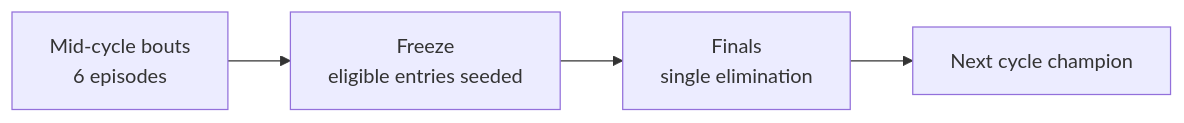
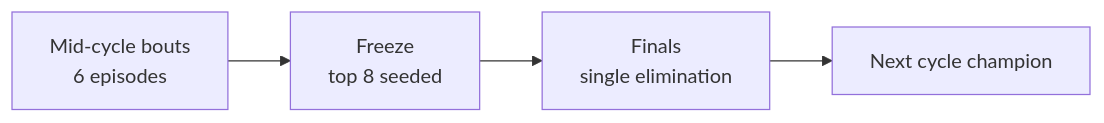
Before and after one commit to MyoHub/mc26eval: the second of 2 diagrams in README.md, drawn with Mermaid. The commit also changed other lines of this file, not shown here.

Commit message:
README: top 8 by mid-cycle Win Rate qualify for the finals

````diff
--- a/README.md
+++ b/README.md
@@ -82,6 +82,6 @@
 ```mermaid
 flowchart LR
-  A[Mid-cycle bouts<br/>6 episodes] --> B[Freeze<br/>eligible entries seeded]
+  A[Mid-cycle bouts<br/>6 episodes] --> B[Freeze<br/>top 8 seeded]
   B --> C[Finals<br/>single elimination]
   C --> D[Next cycle champion]
 ```
````
